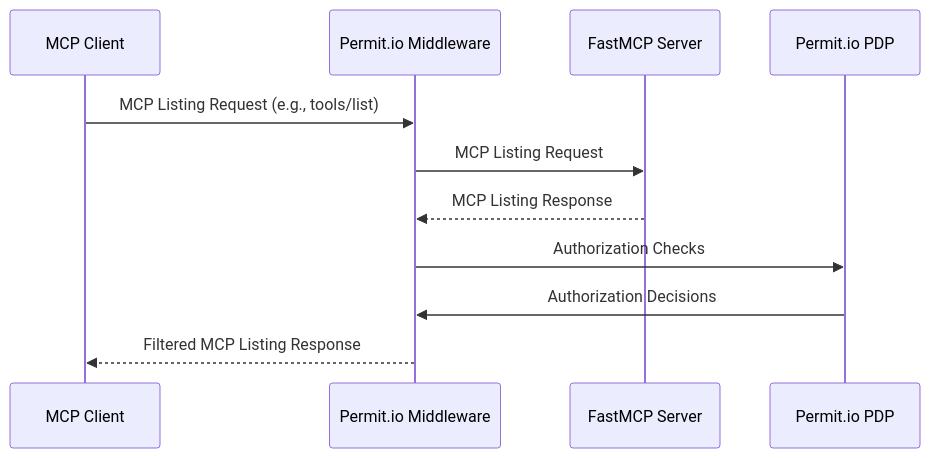
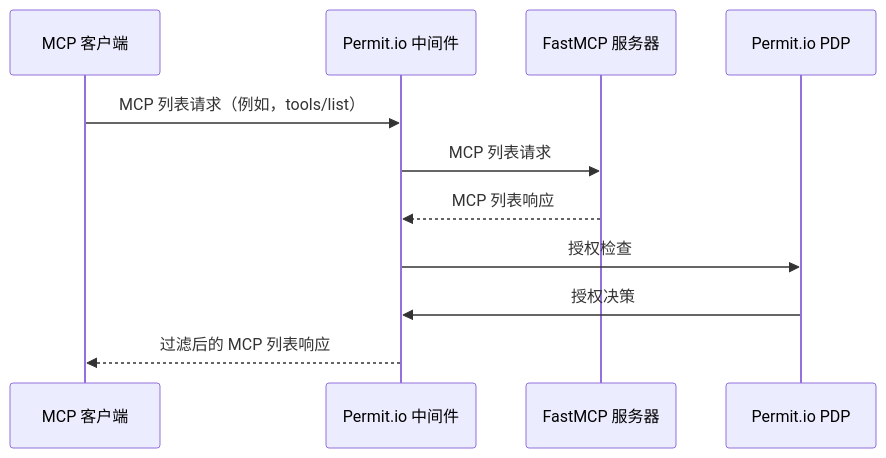
One commit to Gu-f/FastmcpDocs changed the first of 2 diagrams in i18n/zh/integrations/permit.mdx. Above: the diagram before and after it, drawn with Mermaid. The commit also changed other lines of this file and 13 other files, not shown here.

````diff
--- a/i18n/zh/integrations/permit.mdx
+++ b/i18n/zh/integrations/permit.mdx
@@ -44,14 +44,14 @@
 ```mermaid
 sequenceDiagram
-    participant MCPClient as MCP Client
-    participant PermitMiddleware as Permit.io Middleware
-    participant MCPServer as FastMCP Server
+    participant MCPClient as MCP 客户端
+    participant PermitMiddleware as Permit.io 中间件
+    participant MCPServer as FastMCP 服务器
     participant PermitPDP as Permit.io PDP
 
-    MCPClient->>PermitMiddleware: MCP Listing Request (e.g., tools/list)
-    PermitMiddleware->>MCPServer: MCP Listing Request
-    MCPServer-->>PermitMiddleware: MCP Listing Response
-    PermitMiddleware->>PermitPDP: Authorization Checks
-    PermitPDP->>PermitMiddleware: Authorization Decisions
-    PermitMiddleware-->>MCPClient: Filtered MCP Listing Response
+    MCPClient->>PermitMiddleware: MCP 列表请求（例如，tools/list）
+    PermitMiddleware->>MCPServer: MCP 列表请求
+    MCPServer-->>PermitMiddleware: MCP 列表响应
+    PermitMiddleware->>PermitPDP: 授权检查
+    PermitPDP->>PermitMiddleware: 授权决策
+    PermitMiddleware-->>MCPClient: 过滤后的 MCP 列表响应
 ```
````
